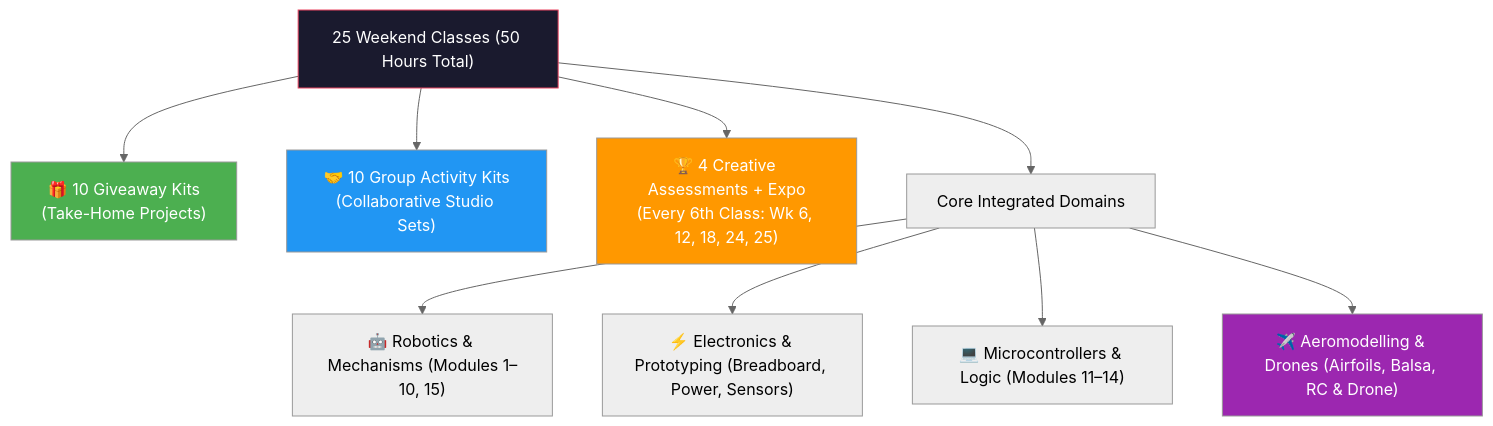
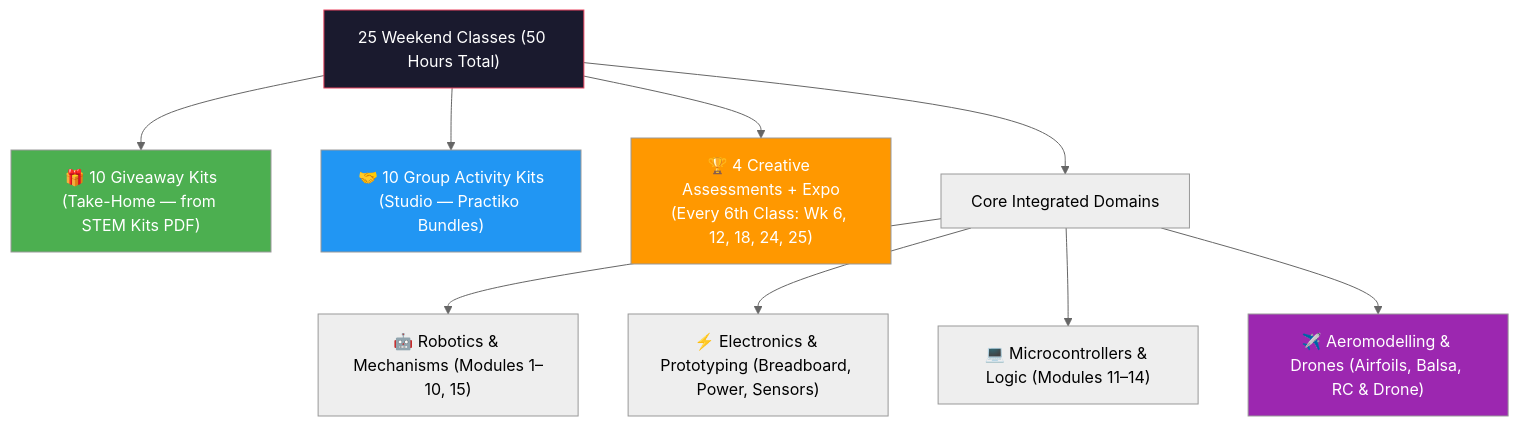
Before and after one commit to viz-lab-hue/Good-Soil: the first of 3 diagrams in Curriculum/GoodSoil_25_Class_Curriculum_Master.md, drawn with Mermaid (neutral theme). The commit also changed other lines of this file, not shown here.

Commit message:
feat: merge curriculum v3.0 - 15-module sequence + PDF kit picks + Practiko group bundles aligned

````diff
--- a/Curriculum/GoodSoil_25_Class_Curriculum_Master.md
+++ b/Curriculum/GoodSoil_25_Class_Curriculum_Master.md
@@ -13,19 +17,19 @@
 ```mermaid
 graph TD
     TOT["25 Weekend Classes (50 Hours Total)"]
-    TOT --> GIV["🎁 10 Giveaway Kits<br/>(Take-Home Projects)"]
-    TOT --> GRP["🤝 10 Group Activity Kits<br/>(Collaborative Studio Sets)"]
+    TOT --> GIV["🎁 10 Giveaway Kits<br/>(Take-Home — from STEM Kits PDF)"]
+    TOT --> GRP["🤝 10 Group Activity Kits<br/>(Studio — Practiko Bundles)"]
     TOT --> ASS["🏆 4 Creative Assessments + Expo<br/>(Every 6th Class: Wk 6, 12, 18, 24, 25)"]
 
     TOT --> DOM["Core Integrated Domains"]
     DOM --> ROB["🤖 Robotics & Mechanisms (Modules 1–10, 15)"]
     DOM --> ELEC["⚡ Electronics & Prototyping (Breadboard, Power, Sensors)"]
     DOM --> MCU["💻 Microcontrollers & Logic (Modules 11–14)"]
     DOM --> AERO["✈️ Aeromodelling & Drones (Airfoils, Balsa, RC & Drone)"]
 
     style TOT fill:#1a1a2e,color:#fff,stroke:#e94560
     style GIV fill:#4CAF50,color:#fff
     style GRP fill:#2196F3,color:#fff
     style ASS fill:#FF9800,color:#fff
     style AERO fill:#9C27B0,color:#fff
 ```
````
